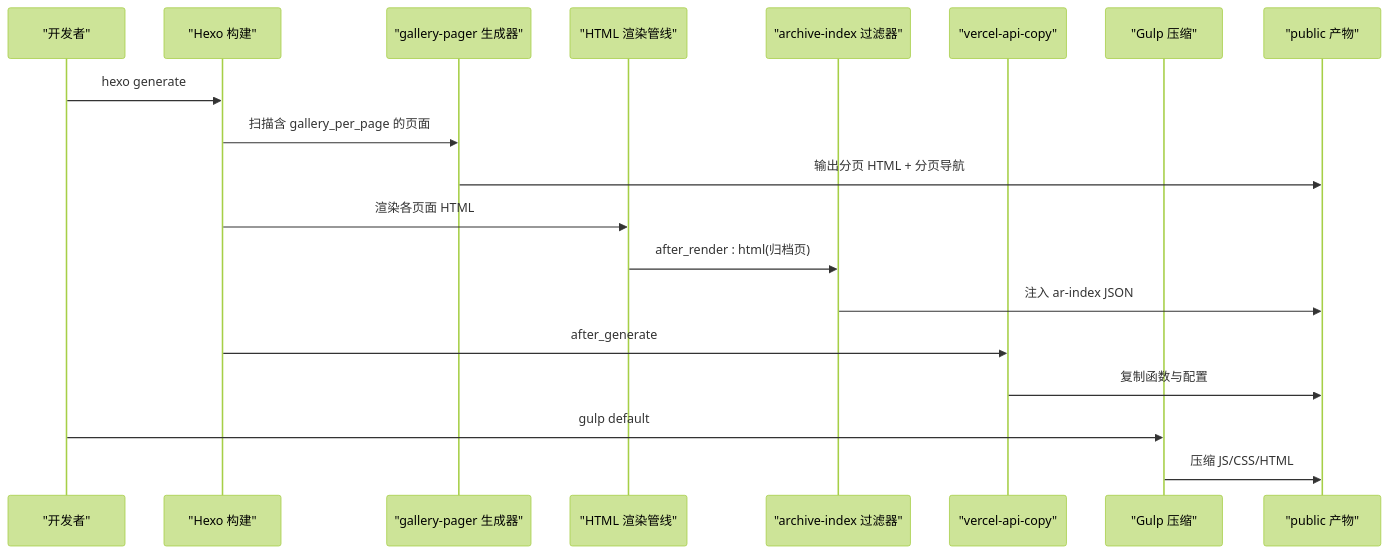
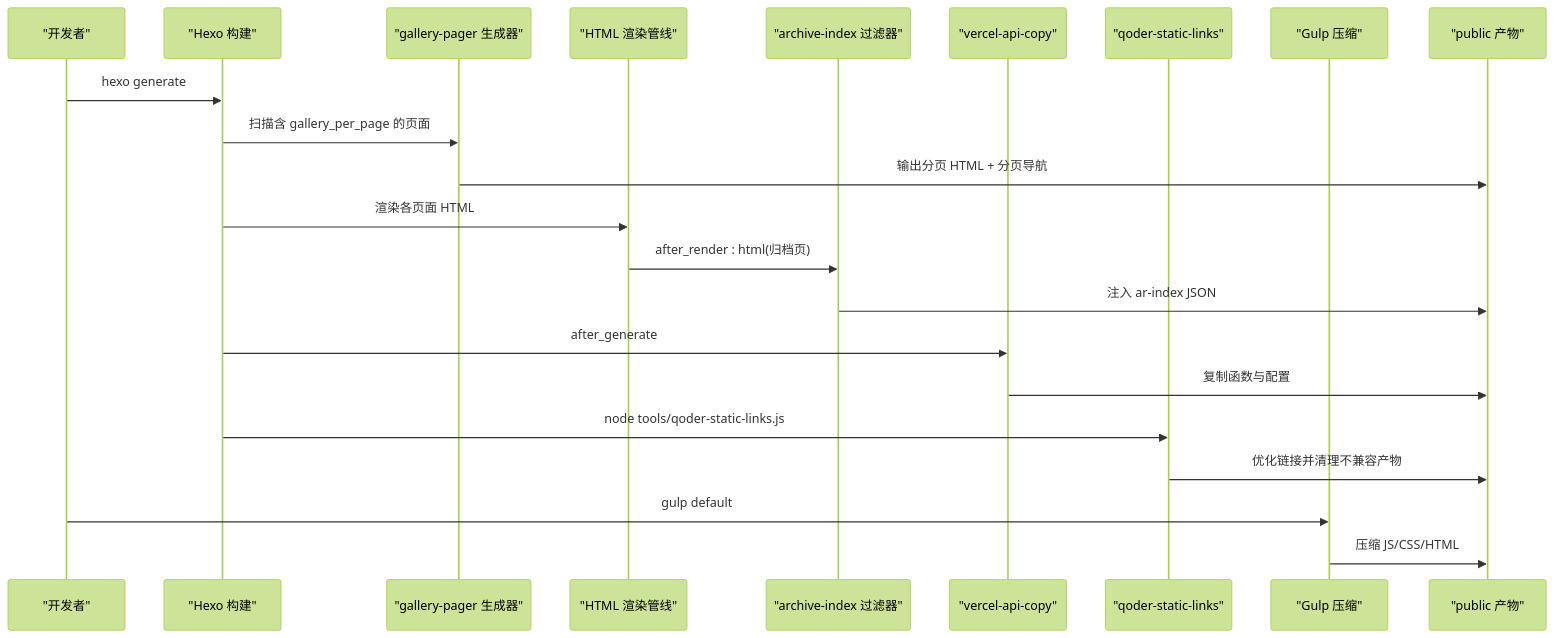
One commit to N1280851853/my_blog changed the second of 9 diagrams in .qoder/repowiki/zh/content/开发工具与脚本/构建脚本.md. Above: the diagram before and after it, drawn with Mermaid (forest theme). The commit also changed other lines of this file and 8 other files, not shown here.

````diff
--- a/.qoder/repowiki/zh/content/开发工具与脚本/构建脚本.md
+++ b/.qoder/repowiki/zh/content/开发工具与脚本/构建脚本.md
@@ -92,21 +106,24 @@
 ```mermaid
 sequenceDiagram
 participant Dev as "开发者"
 participant Hexo as "Hexo 构建"
 participant Gen as "gallery-pager 生成器"
 participant Render as "HTML 渲染管线"
 participant Filter as "archive-index 过滤器"
 participant Copy as "vercel-api-copy"
+participant Qoder as "qoder-static-links"
 participant Gulp as "Gulp 压缩"
 participant Pub as "public 产物"
 Dev->>Hexo : hexo generate
 Hexo->>Gen : 扫描含 gallery_per_page 的页面
 Gen->>Pub : 输出分页 HTML + 分页导航
 Hexo->>Render : 渲染各页面 HTML
 Render->>Filter : after_render : html(归档页)
 Filter->>Pub : 注入 ar-index JSON
 Hexo->>Copy : after_generate
 Copy->>Pub : 复制函数与配置
+Hexo->>Qoder : node tools/qoder-static-links.js
+Qoder->>Pub : 优化链接并清理不兼容产物
 Dev->>Gulp : gulp default
 Gulp->>Pub : 压缩 JS/CSS/HTML
 ```
````
